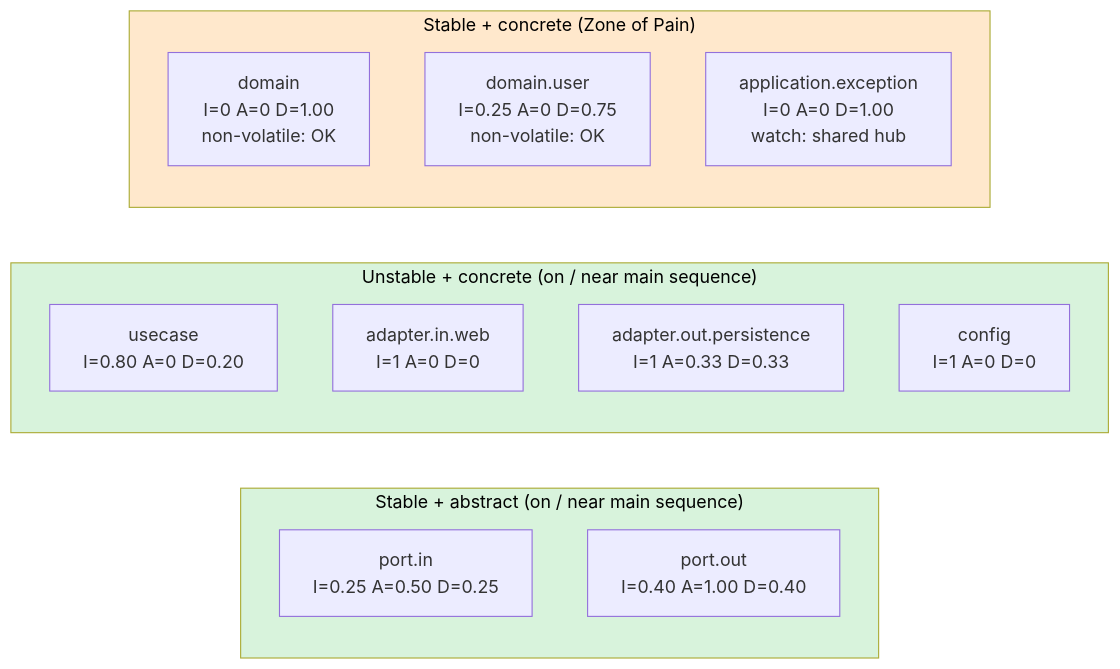
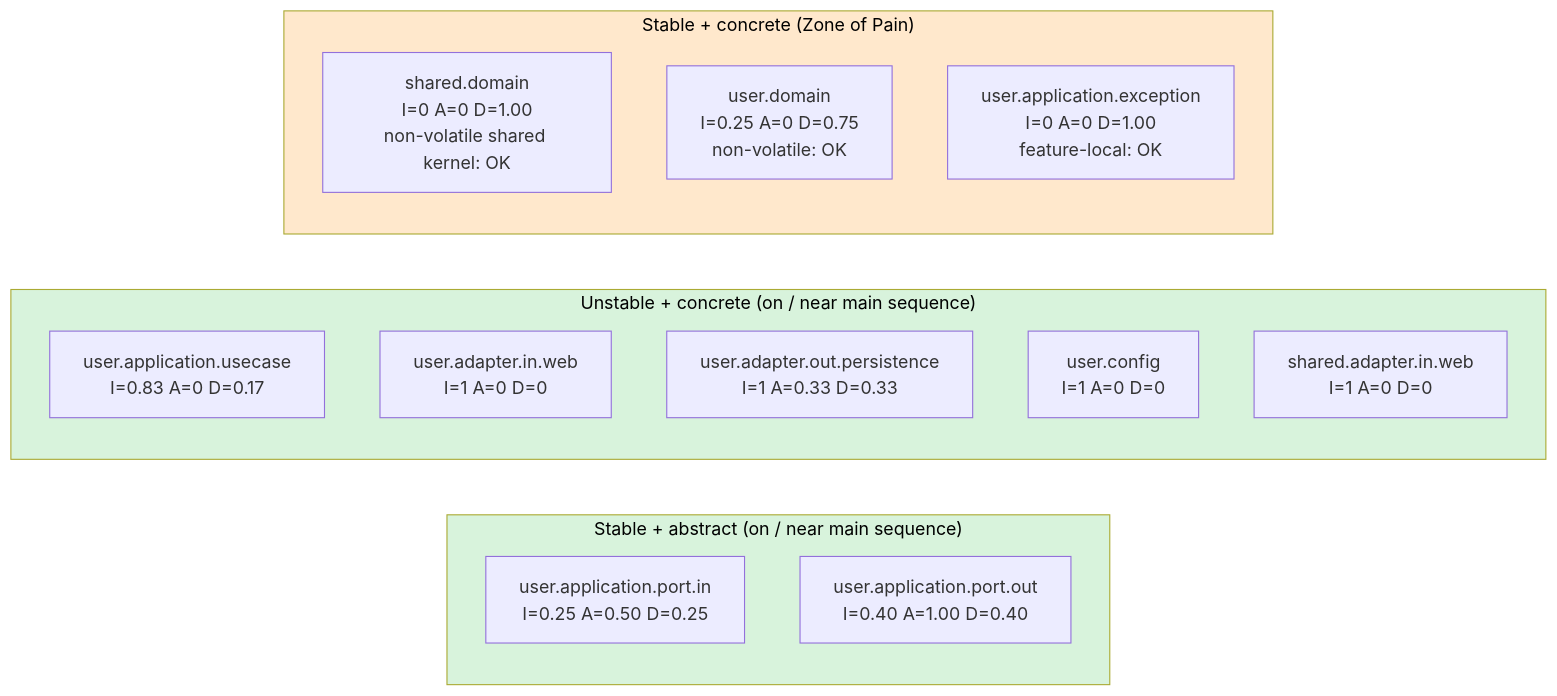
The diagram in docs/architecture/mermaid/4d-component-stability.mmd (Zhakhongir4048/clean-architecture), drawn with Mermaid before and after one commit. The commit also changed 106 other files, not shown here.

```diff
--- a/docs/architecture/mermaid/4d-component-stability.mmd
+++ b/docs/architecture/mermaid/4d-component-stability.mmd
@@ -1,21 +1,22 @@
 %% 4d. Component stability chart
 graph LR
     subgraph IDEAL_ABSTRACT["Stable + abstract (on / near main sequence)"]
-        portin["port.in<br/>I=0.25 A=0.50 D=0.25"]
-        portout["port.out<br/>I=0.40 A=1.00 D=0.40"]
+        portin["user.application.port.in<br/>I=0.25 A=0.50 D=0.25"]
+        portout["user.application.port.out<br/>I=0.40 A=1.00 D=0.40"]
     end
     subgraph IDEAL_CONCRETE["Unstable + concrete (on / near main sequence)"]
-        usecase["usecase<br/>I=0.80 A=0 D=0.20"]
-        web["adapter.in.web<br/>I=1 A=0 D=0"]
-        persistence["adapter.out.persistence<br/>I=1 A=0.33 D=0.33"]
-        config["config<br/>I=1 A=0 D=0"]
+        usecase["user.application.usecase<br/>I=0.83 A=0 D=0.17"]
+        web["user.adapter.in.web<br/>I=1 A=0 D=0"]
+        persistence["user.adapter.out.persistence<br/>I=1 A=0.33 D=0.33"]
+        ucfg["user.config<br/>I=1 A=0 D=0"]
+        sweb["shared.adapter.in.web<br/>I=1 A=0 D=0"]
     end
     subgraph PAIN["Stable + concrete (Zone of Pain)"]
-        domain["domain<br/>I=0 A=0 D=1.00<br/>non-volatile: OK"]
-        user["domain.user<br/>I=0.25 A=0 D=0.75<br/>non-volatile: OK"]
-        exception["application.exception<br/>I=0 A=0 D=1.00<br/>watch: shared hub"]
+        sdomain["shared.domain<br/>I=0 A=0 D=1.00<br/>non-volatile shared kernel: OK"]
+        udomain["user.domain<br/>I=0.25 A=0 D=0.75<br/>non-volatile: OK"]
+        exception["user.application.exception<br/>I=0 A=0 D=1.00<br/>feature-local: OK"]
     end
 
     style PAIN fill:#ffe8cc,color:#000
     style IDEAL_ABSTRACT fill:#d8f3dc,color:#000
     style IDEAL_CONCRETE fill:#d8f3dc,color:#000
```
